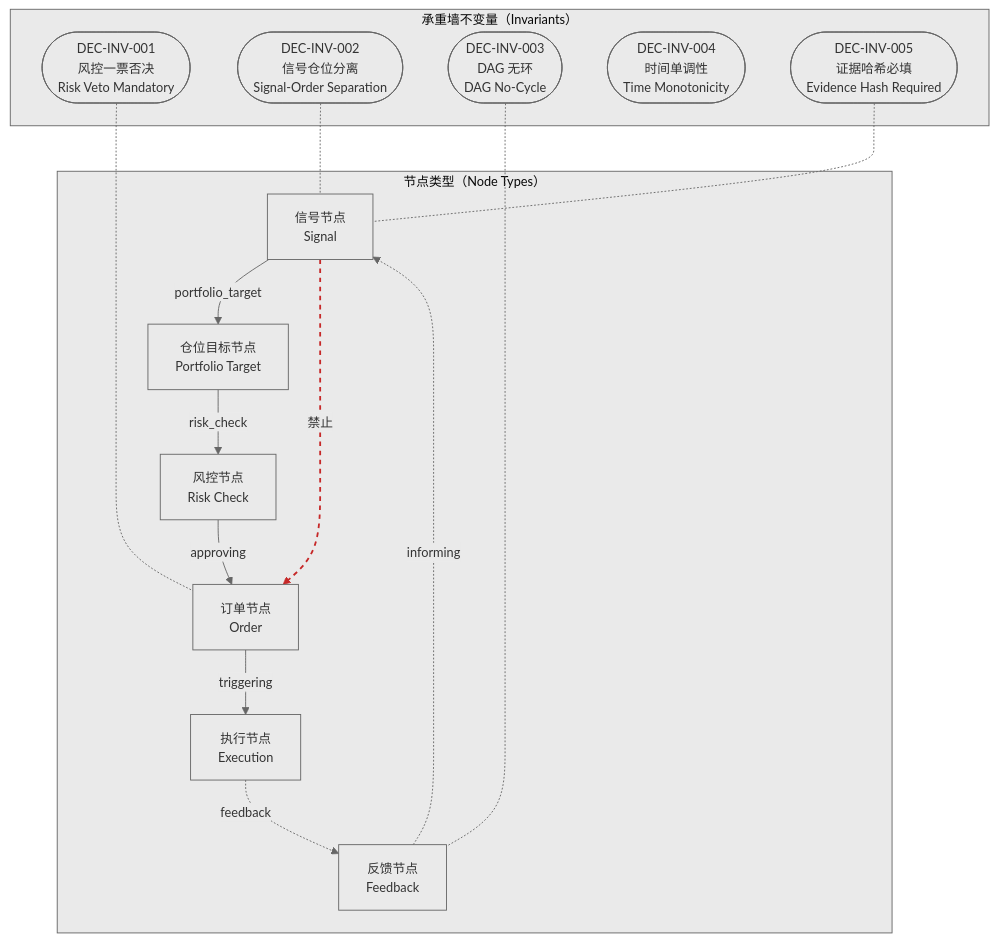
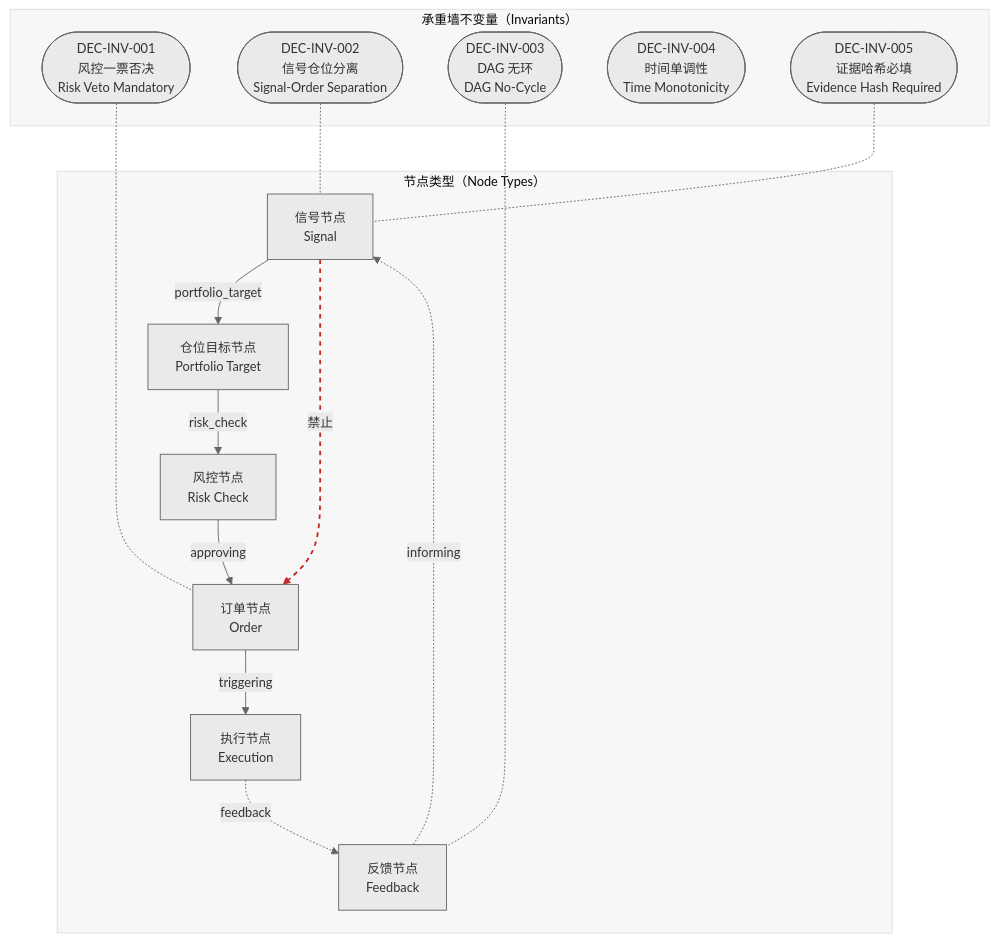
One commit to xuanFelixVan/ZephyrAlpha changed the diagram in docs/02_enterprise_architecture/06_decision_architecture/21_decision_invariants.md. Above: the diagram before and after it, drawn with Mermaid. The commit also changed other lines of this file and 22 other files, not shown here.

First line of the commit message:
fix(decision-diagram): 修复 mermaid 颜色——去掉 clusterBkg 破坏 init 解析

````diff
--- a/docs/02_enterprise_architecture/06_decision_architecture/21_decision_invariants.md
+++ b/docs/02_enterprise_architecture/06_decision_architecture/21_decision_invariants.md
@@ -10,31 +10,31 @@
 ```mermaid
-%%{init: {'theme': 'base', 'themeVariables': {'primaryColor': '#eaeaea', 'primaryTextColor': '#333333', 'primaryBorderColor': '#666666', 'lineColor': '#666666', 'clusterBkg': '#eaeaea', 'clusterBorder': '#666666', 'fontSize': '14px'}}}%%
+%%{init: {'theme': 'base', 'themeVariables': {'primaryColor': '#eaeaea', 'primaryTextColor': '#333333', 'primaryBorderColor': '#666666', 'lineColor': '#666666', 'fontSize': '14px'}}}%%
 flowchart TD
     subgraph nt_sg["节点类型（Node Types）"]
         NT_signal["信号节点<br/>Signal"]
         NT_portfolio_target["仓位目标节点<br/>Portfolio Target"]
         NT_risk_check["风控节点<br/>Risk Check"]
         NT_order["订单节点<br/>Order"]
         NT_execution["执行节点<br/>Execution"]
         NT_feedback["反馈节点<br/>Feedback"]
     end
     NT_signal -->|portfolio_target| NT_portfolio_target
     NT_portfolio_target -->|risk_check| NT_risk_check
     NT_risk_check -->|approving| NT_order
     NT_order -->|triggering| NT_execution
     NT_execution -.->|feedback| NT_feedback
     NT_feedback -.->|informing| NT_signal
     NT_signal -.->|禁止| NT_order
     linkStyle 6 stroke:#c62828,stroke-width:2px,stroke-dasharray: 5 5
     subgraph inv_sg["承重墙不变量（Invariants）"]
         INV_DEC_INV_001(["DEC-INV-001<br/>风控一票否决<br/>Risk Veto Mandatory"])
         INV_DEC_INV_002(["DEC-INV-002<br/>信号仓位分离<br/>Signal-Order Separation"])
         INV_DEC_INV_003(["DEC-INV-003<br/>DAG 无环<br/>DAG No-Cycle"])
         INV_DEC_INV_004(["DEC-INV-004<br/>时间单调性<br/>Time Monotonicity"])
         INV_DEC_INV_005(["DEC-INV-005<br/>证据哈希必填<br/>Evidence Hash Required"])
     end
     INV_DEC_INV_001 -.- NT_order
     INV_DEC_INV_002 -.- NT_signal
     INV_DEC_INV_003 -.- NT_feedback
     INV_DEC_INV_005 -.- NT_signal
 ```
````
